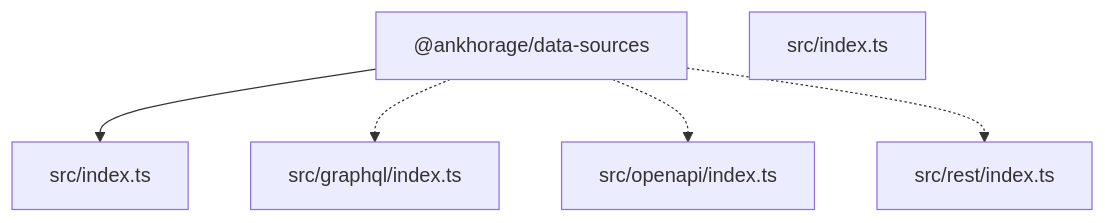
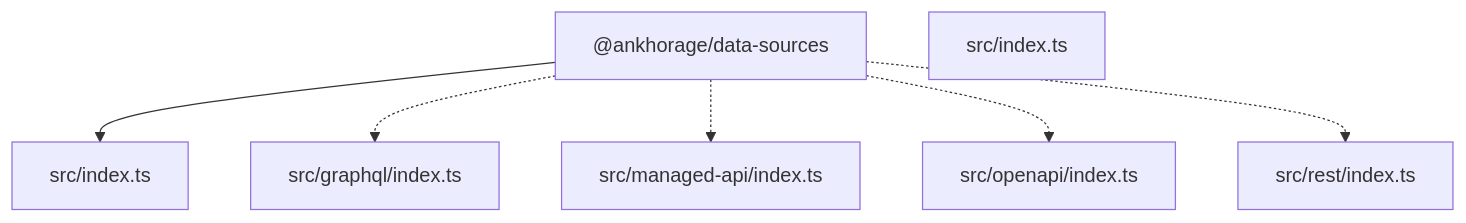
The diagram in README.md (ankhorage/data-sources), drawn with Mermaid before and after one commit. The commit also changed other lines of this file and 12 other files, not shown here.

````diff
--- a/README.md
+++ b/README.md
@@ -30,13 +32,15 @@
 ```mermaid
 graph TD
   package__ankhorage_data_sources["@ankhorage/data-sources"]
   entrypoint_src_index_ts["src/index.ts"]
   package__ankhorage_data_sources --> entrypoint_src_index_ts
   module_src_graphql_index_ts["src/graphql/index.ts"]
   package__ankhorage_data_sources -.-> module_src_graphql_index_ts
   module_src_index_ts["src/index.ts"]
+  module_src_managed_api_index_ts["src/managed-api/index.ts"]
+  package__ankhorage_data_sources -.-> module_src_managed_api_index_ts
   module_src_openapi_index_ts["src/openapi/index.ts"]
   package__ankhorage_data_sources -.-> module_src_openapi_index_ts
   module_src_rest_index_ts["src/rest/index.ts"]
   package__ankhorage_data_sources -.-> module_src_rest_index_ts
 ```
````
